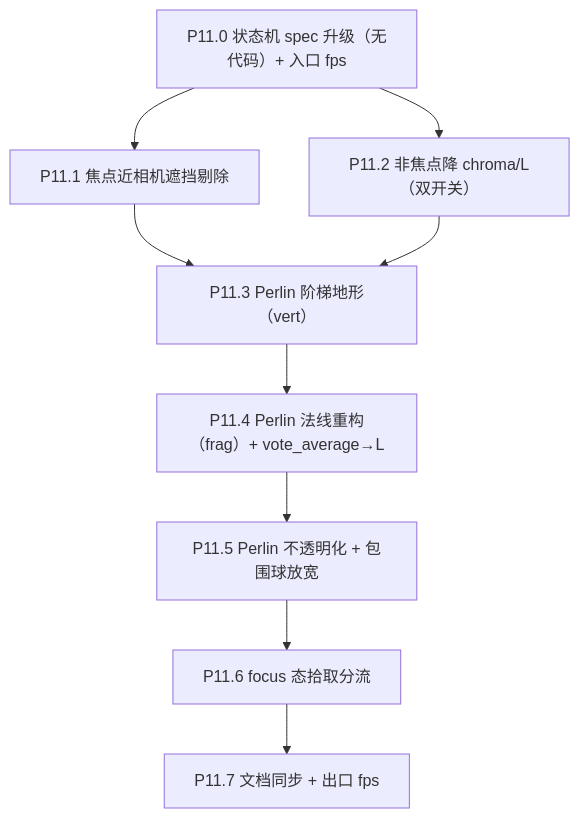
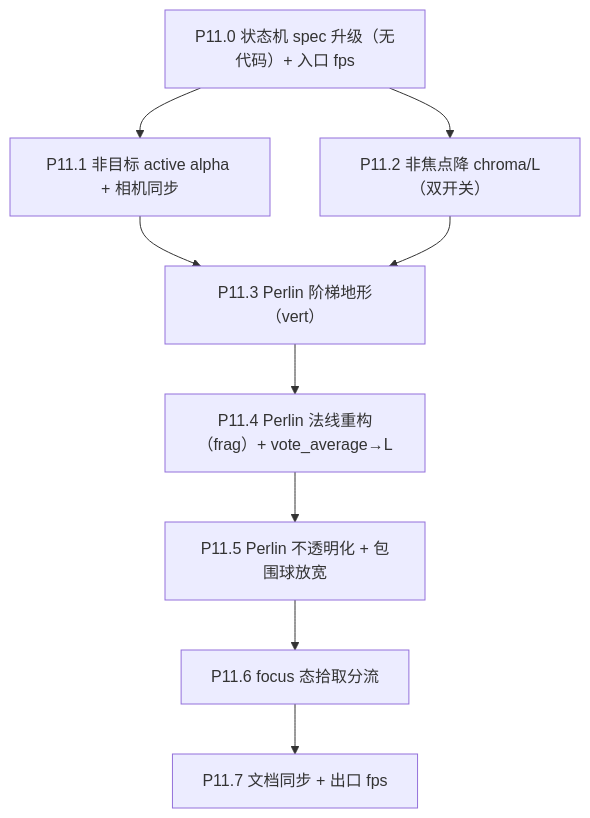
The diagram in .cursor/plans/phase_11_focus_visual_upgrade_b71acde5.plan.md (XYBuilds/chronicle_v3_3d_galaxy), drawn with Mermaid before and after one commit. The commit also changed other lines of this file and 4 other files, not shown here.

````diff
--- a/.cursor/plans/phase_11_focus_visual_upgrade_b71acde5.plan.md
+++ b/.cursor/plans/phase_11_focus_visual_upgrade_b71acde5.plan.md
@@ -54,20 +54,20 @@
 ```mermaid
 flowchart TD
     P110["P11.0 状态机 spec 升级（无代码）+ 入口 fps"]
-    P111["P11.1 焦点近相机遮挡剔除"]
+    P111["P11.1 非目标 active alpha + 相机同步"]
     P112["P11.2 非焦点降 chroma/L（双开关）"]
     P113["P11.3 Perlin 阶梯地形（vert）"]
     P114["P11.4 Perlin 法线重构（frag）+ vote_average→L"]
     P115["P11.5 Perlin 不透明化 + 包围球放宽"]
     P116["P11.6 focus 态拾取分流"]
     P117["P11.7 文档同步 + 出口 fps"]
 
     P110 --> P111
     P110 --> P112
     P111 --> P113
     P112 --> P113
     P113 --> P114
     P114 --> P115
     P115 --> P116
     P116 --> P117
 ```
````
